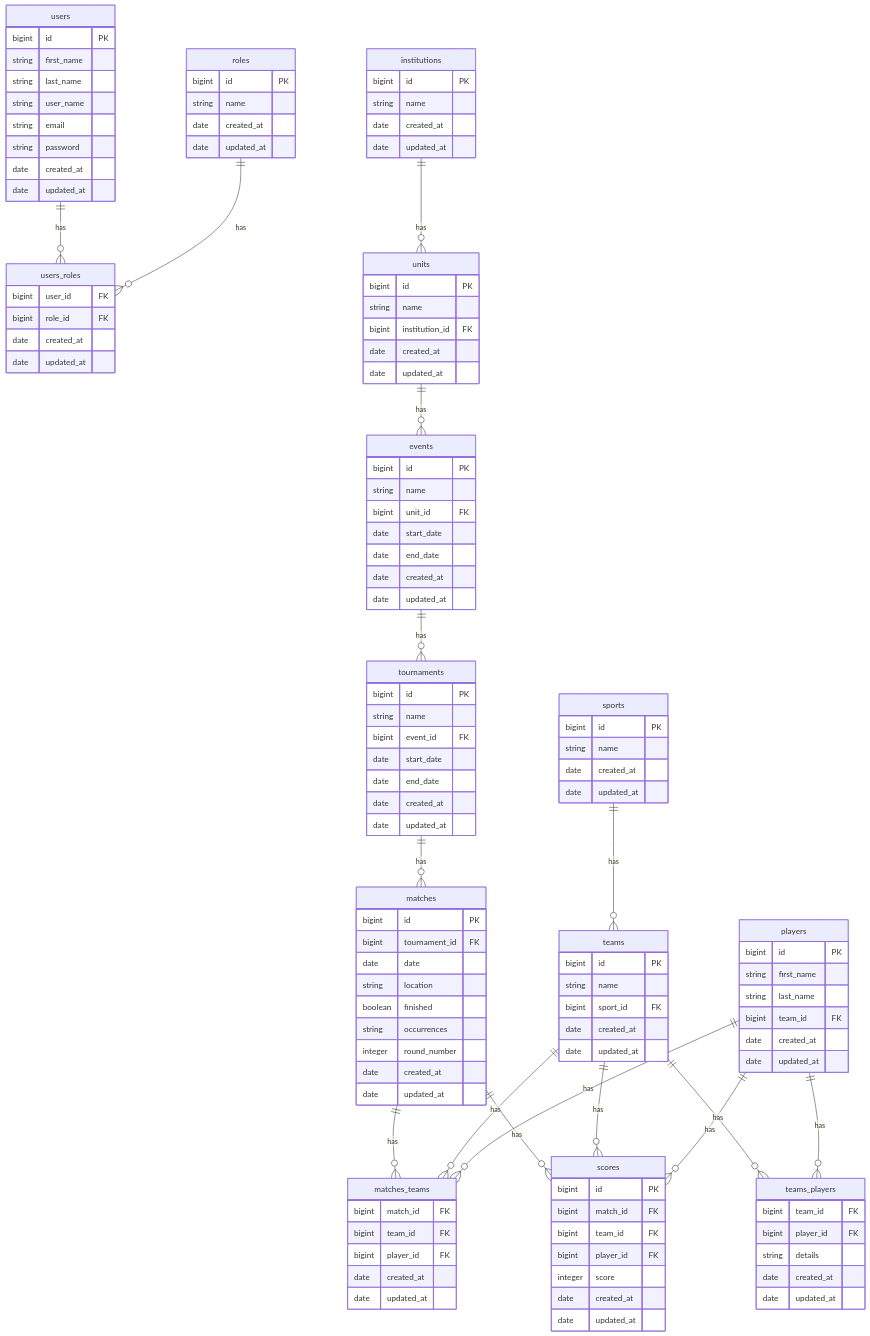
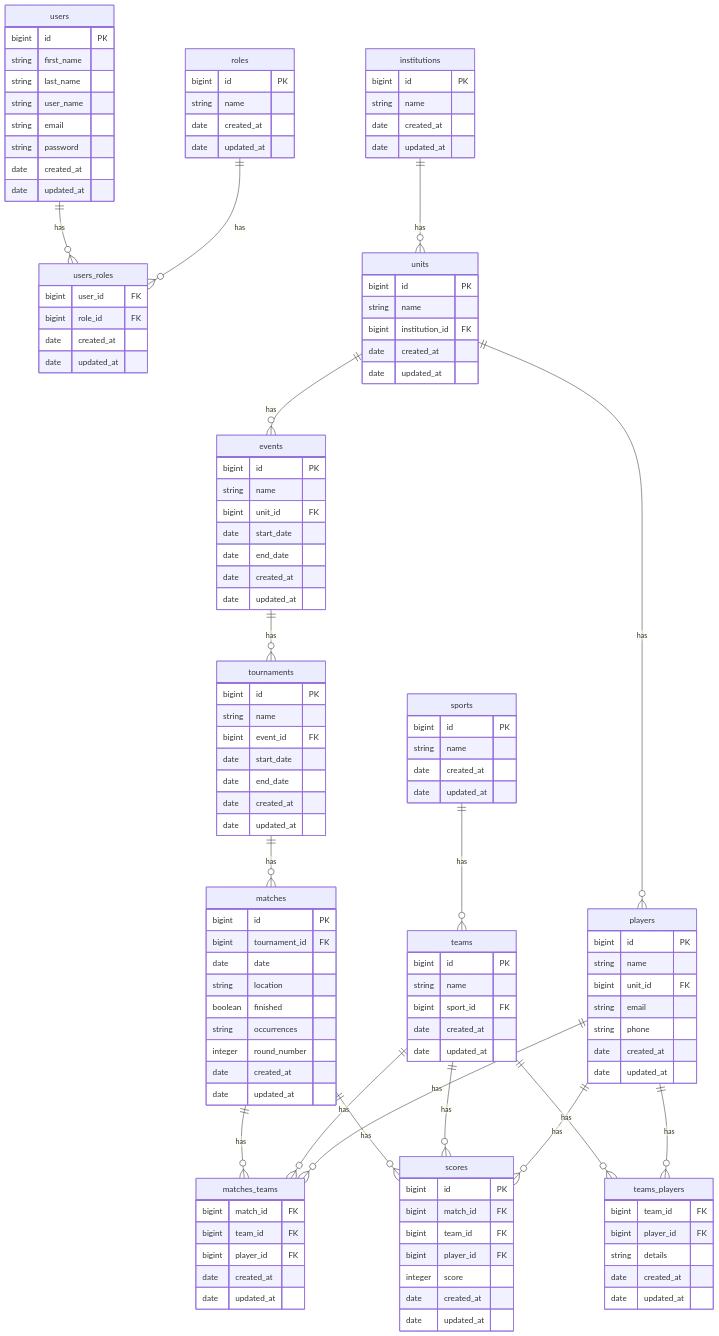
Before and after one commit to rgomide/gerenciador-torneio: the diagram in README.md, drawn with Mermaid.

Commit message:
update ERD

```diff
--- a/README.md
+++ b/README.md
@@ -106,9 +106,10 @@
 
     players {
       bigint id PK
-      string first_name
-      string last_name
-      bigint team_id FK
+      string name
+      bigint unit_id FK
+      string email
+      string phone
       date created_at
       date updated_at
     }
@@ -155,6 +156,7 @@
     roles ||--o{ users_roles : has
     institutions ||--o{ units : has
     units ||--o{ events : has
+    units ||--o{ players : has
     events ||--o{ tournaments : has
     sports ||--o{ teams : has
     teams ||--o{ teams_players : has
```
